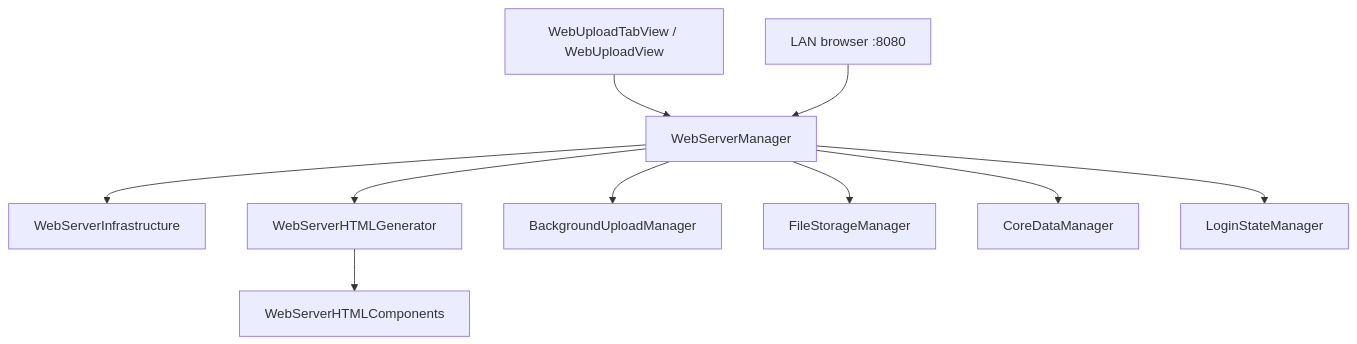
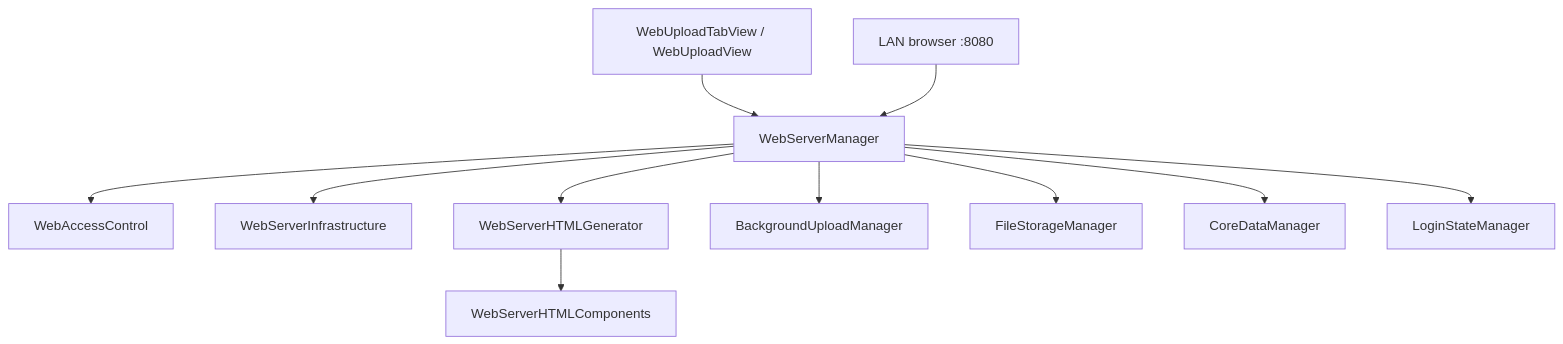
One commit to haresh14/file-vault changed the ninth of 10 diagrams in docs/COMPONENT_GRAPH.md. Above: the diagram before and after it, drawn with Mermaid. The commit also changed 12 other files, not shown here.

````diff
--- a/docs/COMPONENT_GRAPH.md
+++ b/docs/COMPONENT_GRAPH.md
@@ -271,12 +271,13 @@
 ```mermaid
 flowchart TB
     UI["WebUploadTabView / WebUploadView"] --> WSM["WebServerManager"]
+    WSM --> Access["WebAccessControl"]
     WSM --> Infra["WebServerInfrastructure"]
     WSM --> HTML["WebServerHTMLGenerator"]
     HTML --> Chunks["WebServerHTMLComponents"]
     WSM --> BUM["BackgroundUploadManager"]
     WSM --> FSM["FileStorageManager"]
     WSM --> CDM["CoreDataManager"]
     WSM --> Login["LoginStateManager"]
     Browser["LAN browser :8080"] --> WSM
 ```
````
